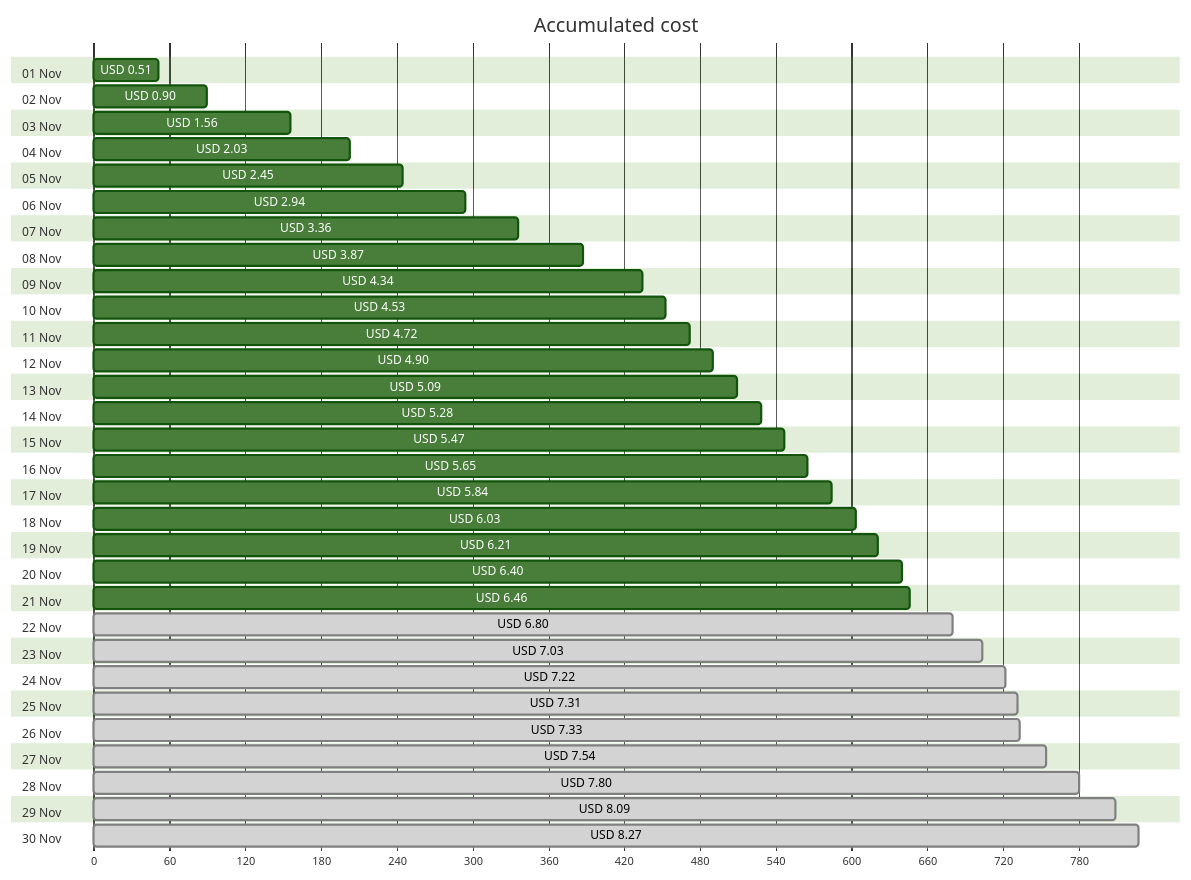
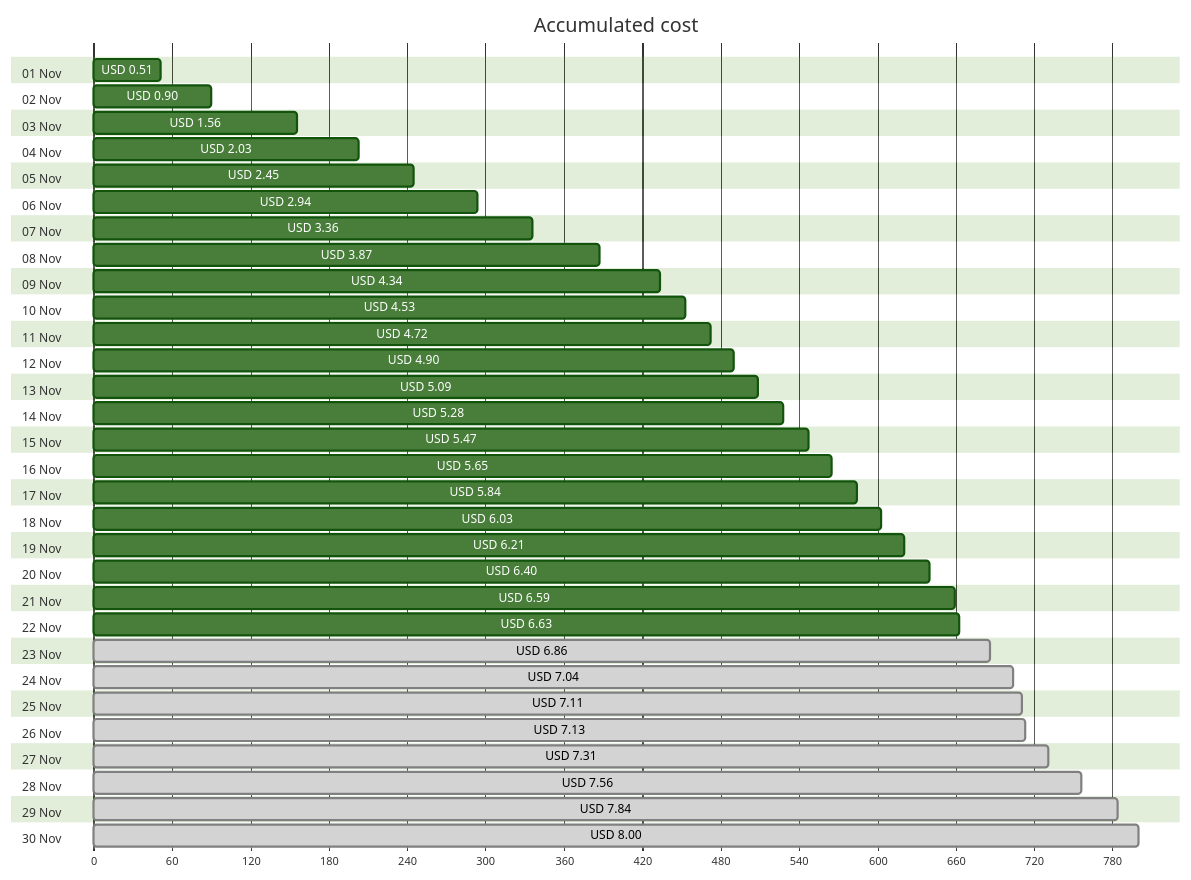
One commit to jpfulton/azure-personal-reports changed the first of 4 diagrams in cost-reports/personal-network/vpn-server.md. Above: the diagram before and after it, drawn with Mermaid (forest theme). The commit also changed other lines of this file and 8 other files, not shown here.

````diff
--- a/cost-reports/personal-network/vpn-server.md
+++ b/cost-reports/personal-network/vpn-server.md
@@ -20,66 +20,66 @@
 ```mermaid
 gantt
    title Accumulated cost
    dateFormat  X
    axisFormat %s
    section 01 Nov
    USD 0.51 :0, 51
    section 02 Nov
    USD 0.90 :0, 90
    section 03 Nov
    USD 1.56 :0, 156
    section 04 Nov
    USD 2.03 :0, 203
    section 05 Nov
    USD 2.45 :0, 245
    section 06 Nov
    USD 2.94 :0, 294
    section 07 Nov
    USD 3.36 :0, 336
    section 08 Nov
    USD 3.87 :0, 387
    section 09 Nov
    USD 4.34 :0, 434
    section 10 Nov
    USD 4.53 :0, 453
    section 11 Nov
    USD 4.72 :0, 472
    section 12 Nov
    USD 4.90 :0, 490
    section 13 Nov
    USD 5.09 :0, 509
    section 14 Nov
    USD 5.28 :0, 528
    section 15 Nov
    USD 5.47 :0, 547
    section 16 Nov
    USD 5.65 :0, 565
    section 17 Nov
    USD 5.84 :0, 584
    section 18 Nov
    USD 6.03 :0, 603
    section 19 Nov
    USD 6.21 :0, 621
    section 20 Nov
    USD 6.40 :0, 640
    section 21 Nov
-   USD 6.46 :0, 646
+   USD 6.59 :0, 659
    section 22 Nov
-   USD 6.80 : done, 0, 680
+   USD 6.63 :0, 663
    section 23 Nov
-   USD 7.03 : done, 0, 703
+   USD 6.86 : done, 0, 686
    section 24 Nov
-   USD 7.22 : done, 0, 722
+   USD 7.04 : done, 0, 704
    section 25 Nov
+   USD 7.11 : done, 0, 711
+   section 26 Nov
+   USD 7.13 : done, 0, 713
+   section 27 Nov
    USD 7.31 : done, 0, 731
-   section 26 Nov
-   USD 7.33 : done, 0, 733
-   section 27 Nov
-   USD 7.54 : done, 0, 754
    section 28 Nov
-   USD 7.80 : done, 0, 780
+   USD 7.56 : done, 0, 756
    section 29 Nov
-   USD 8.09 : done, 0, 809
+   USD 7.84 : done, 0, 784
    section 30 Nov
-   USD 8.27 : done, 0, 827
+   USD 8.00 : done, 0, 800
 ```
````
